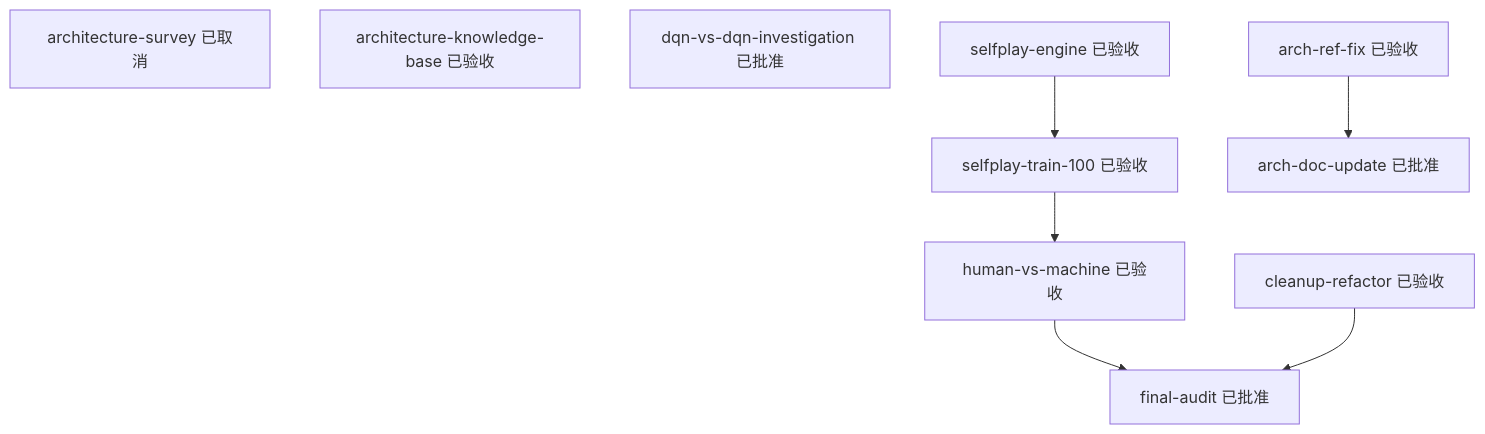
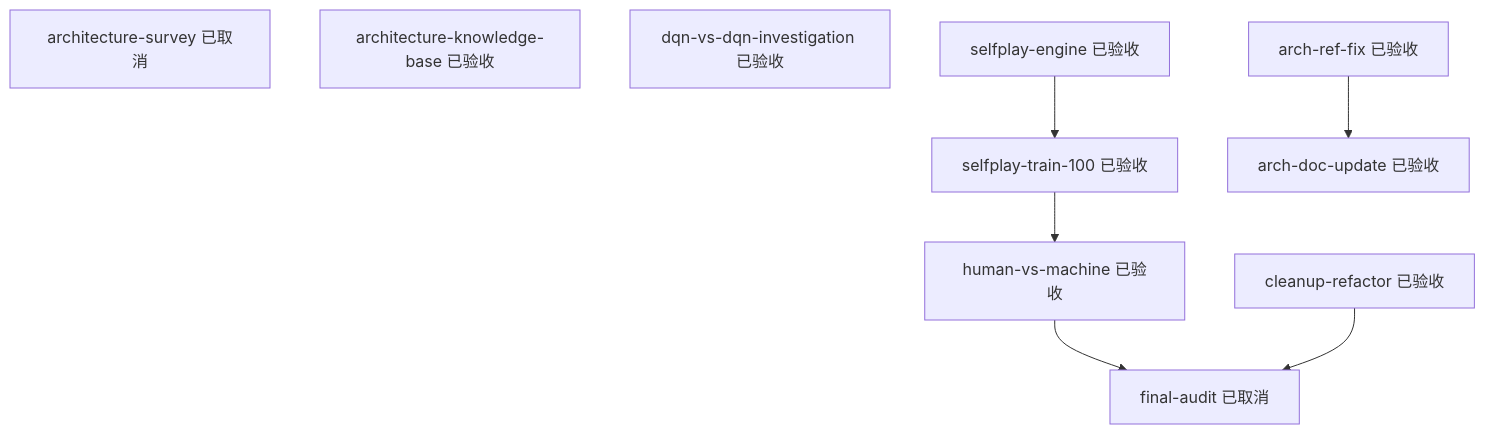
Before and after one commit to luduihang/game_rendering: the diagram in management/views/TASKS.md, drawn with Mermaid. The commit also changed other lines of this file and 11 other files, not shown here.

First line of the commit message:
chore(governance): 收敛账本 —— final-audit 取消、调查 Task 验收

````diff
--- a/management/views/TASKS.md
+++ b/management/views/TASKS.md
@@ -29,18 +29,18 @@
 ```mermaid
 graph TD
   architecture_survey["architecture-survey 已取消"]
   architecture_knowledge_base["architecture-knowledge-base 已验收"]
-  dqn_vs_dqn_investigation["dqn-vs-dqn-investigation 已批准"]
+  dqn_vs_dqn_investigation["dqn-vs-dqn-investigation 已验收"]
   selfplay_engine["selfplay-engine 已验收"]
   cleanup_refactor["cleanup-refactor 已验收"]
   selfplay_train_100["selfplay-train-100 已验收"]
   human_vs_machine["human-vs-machine 已验收"]
-  final_audit["final-audit 已批准"]
+  final_audit["final-audit 已取消"]
   arch_ref_fix["arch-ref-fix 已验收"]
-  arch_doc_update["arch-doc-update 已批准"]
+  arch_doc_update["arch-doc-update 已验收"]
   selfplay_engine --> selfplay_train_100
   selfplay_train_100 --> human_vs_machine
   human_vs_machine --> final_audit
   cleanup_refactor --> final_audit
   arch_ref_fix --> arch_doc_update
 ```
````
